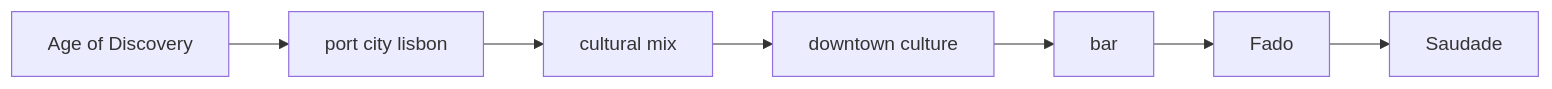
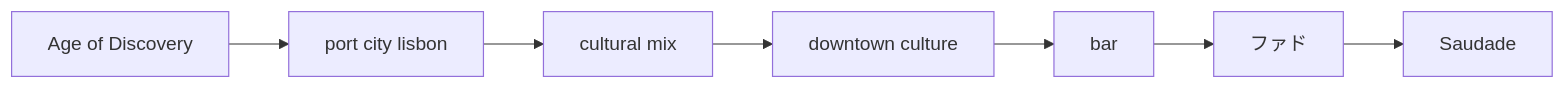
Before and after one commit to monumental-movement/monumental-movement.github.io: the second of 12 diagrams in en/_posts/2026-05-16-column-fado.md, drawn with Mermaid. The commit also changed other lines of this file and 497 other files, not shown here.

```diff
--- a/en/_posts/2026-05-16-column-fado.md
+++ b/en/_posts/2026-05-16-column-fado.md
@@ -126,9 +126,9 @@
 <div class="mermaid">
 flowchart LR
 A[Age of Discovery] --> B[port city lisbon]
 B --> C[cultural mix]
 C --> D[downtown culture]
 D --> E[bar]
-E --> F[Fado]
+E --> F[ファド]
 F --> G[Saudade]
 </div>
```
